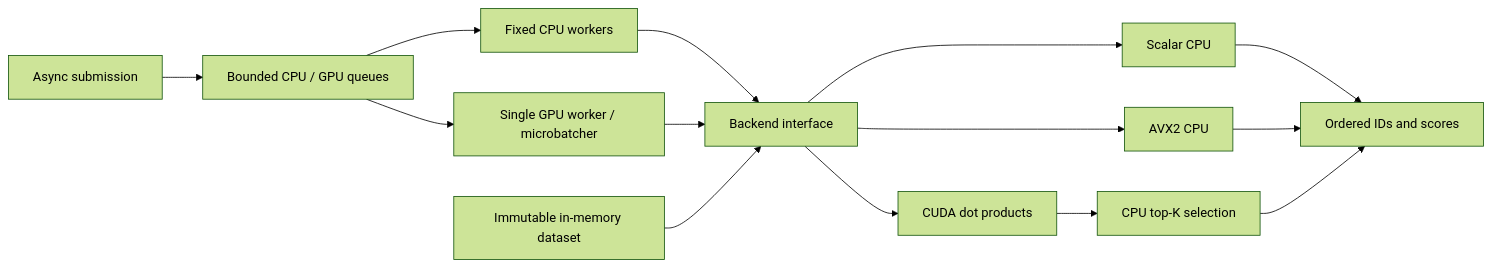
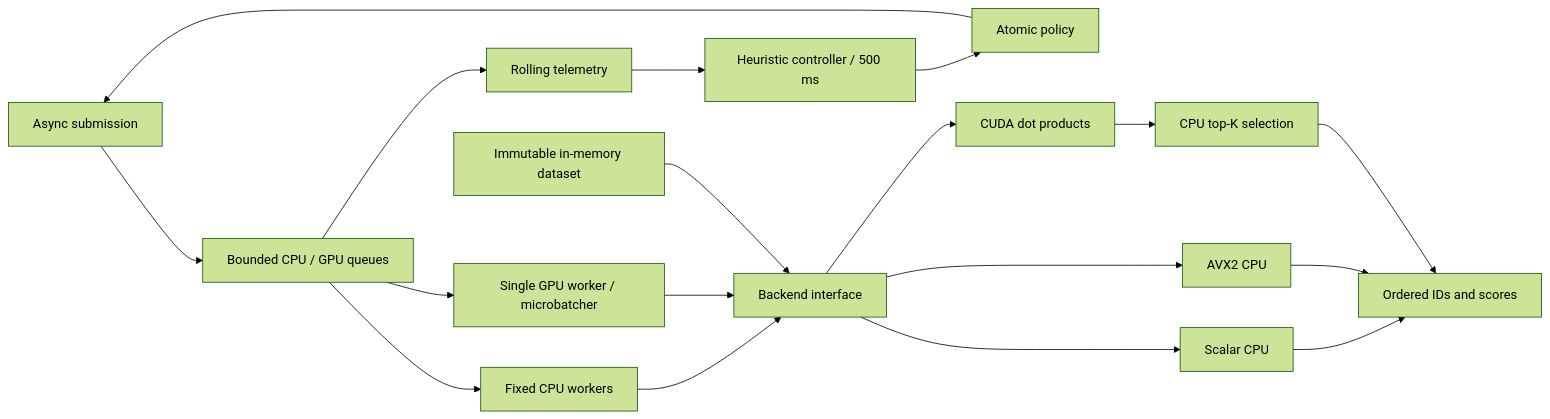
Before and after one commit to ColeSlad/Flowstate: the diagram in README.md, drawn with Mermaid (forest theme). The commit also changed other lines of this file and 20 other files, not shown here.

Commit message:
feat: add adaptive scheduling and rolling telemetry

````diff
--- a/README.md
+++ b/README.md
@@ -16,16 +18,20 @@
 ```mermaid
 flowchart LR
     Submit[Async submission] --> Queue[Bounded CPU / GPU queues]
+    Control[Heuristic controller / 500 ms] --> Policy[Atomic policy]
+    Policy --> Submit
+    Queue --> Telemetry[Rolling telemetry]
+    Telemetry --> Control
     Queue --> CPU[Fixed CPU workers]
     Queue --> GPU[Single GPU worker / microbatcher]
     CPU --> Backend[Backend interface]
     GPU --> Backend
     Dataset[Immutable in-memory dataset] --> Backend
     Backend --> Scalar[Scalar CPU]
     Backend --> AVX[AVX2 CPU]
     Backend --> CUDA[CUDA dot products]
     CUDA --> Heap[CPU top-K selection]
     Scalar --> Results[Ordered IDs and scores]
     AVX --> Results
     Heap --> Results
 ```
````
